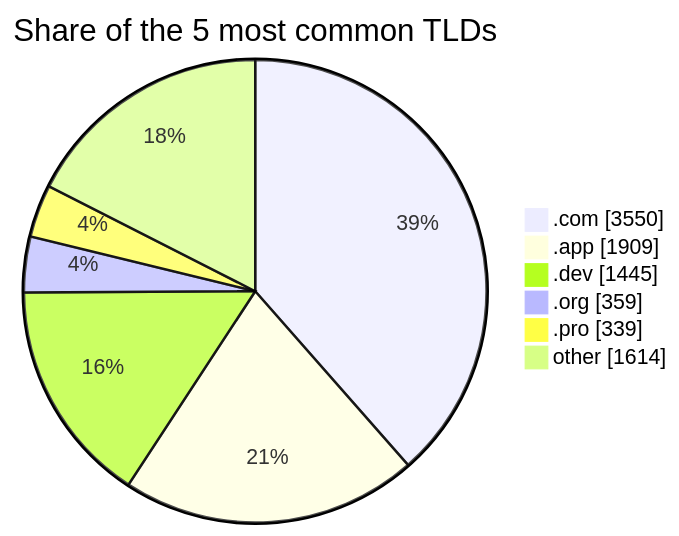
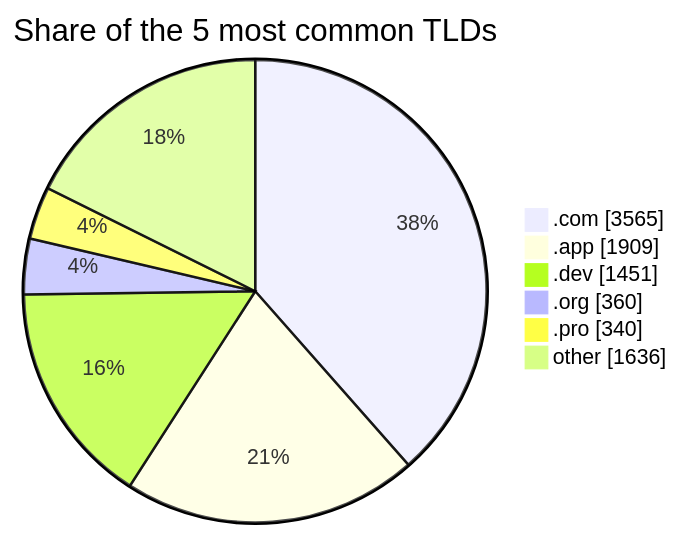
The second of 2 diagrams in README.md (DNSBunker/CTI), drawn with Mermaid before and after one commit. The commit also changed other lines of this file and 3 other files, not shown here.

````diff
--- a/README.md
+++ b/README.md
@@ -72,9 +72,9 @@
 ```mermaid
 pie showData title Share of the 5 most common TLDs
-    ".com" : 3550
+    ".com" : 3565
     ".app" : 1909
-    ".dev" : 1445
-    ".org" : 359
-    ".pro" : 339
-    "other" : 1614
+    ".dev" : 1451
+    ".org" : 360
+    ".pro" : 340
+    "other" : 1636
 ```
````
